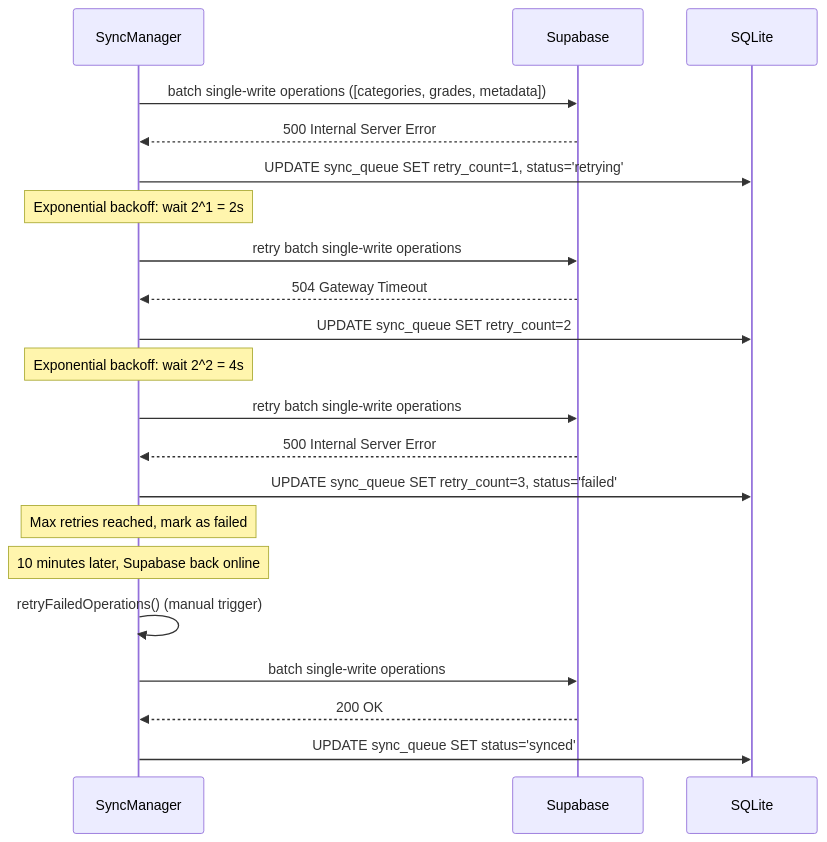
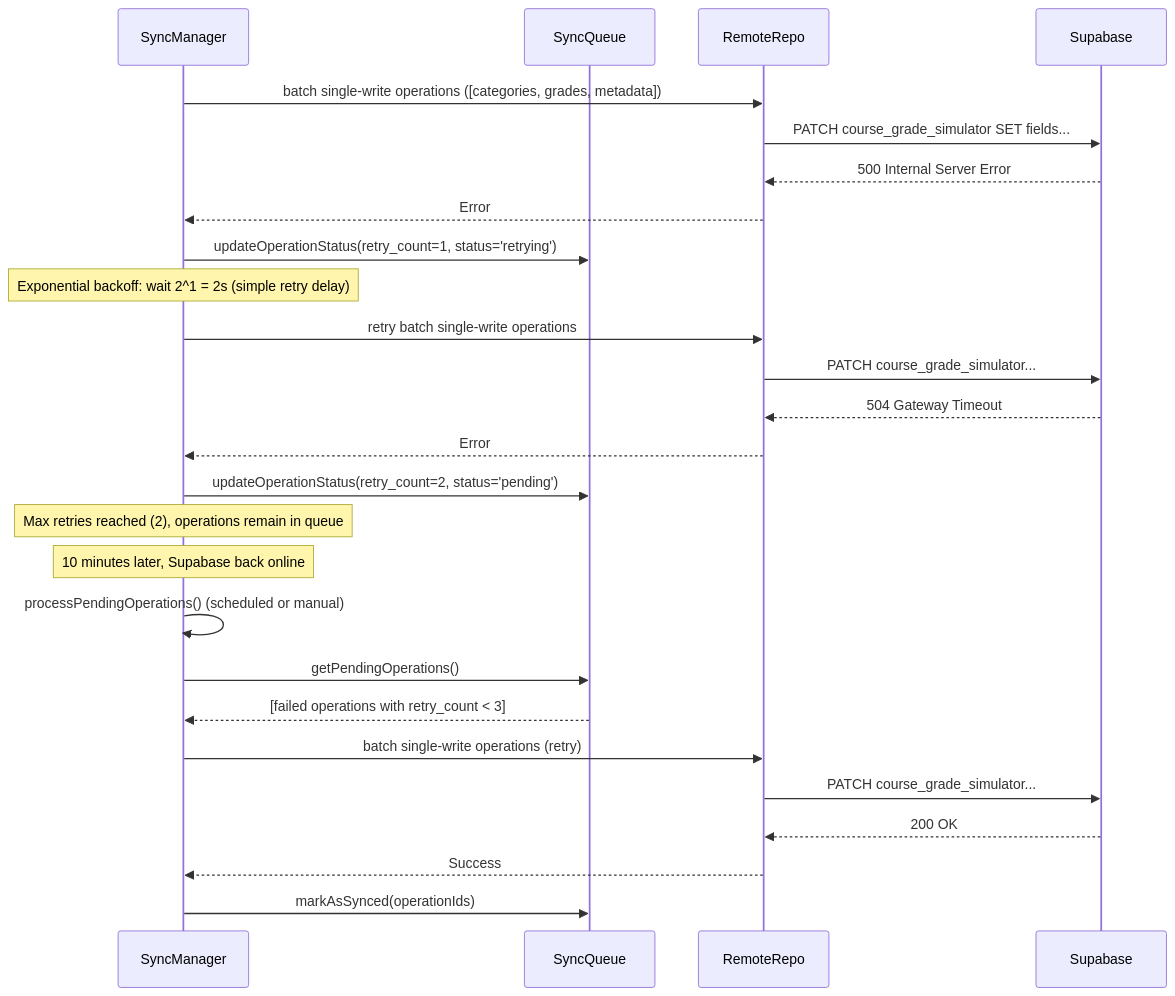
Before and after one commit to sigapp-unp/sigapp-mobile: the sixth of 6 diagrams in docs/database-optimization-strategy.md, drawn with Mermaid. The commit also changed other lines of this file and 35 other files, not shown here.

First line of the commit message:
Refactor grade tracking cache service and sync manager; migrate to drift and sqlite3_flutter_libs

````diff
--- a/docs/database-optimization-strategy.md
+++ b/docs/database-optimization-strategy.md
@@ -252,34 +291,37 @@
 ```mermaid
 sequenceDiagram
     participant SyncManager
+    participant SyncQueue
+    participant RemoteRepo
     participant Supabase
-    participant SQLite
 
-    SyncManager->>Supabase: batch single-write operations ([categories, grades, metadata])
-    Supabase-->>SyncManager: 500 Internal Server Error
+    SyncManager->>RemoteRepo: batch single-write operations ([categories, grades, metadata])
+    RemoteRepo->>Supabase: PATCH course_grade_simulator SET fields...
+    Supabase-->>RemoteRepo: 500 Internal Server Error
+    RemoteRepo-->>SyncManager: Error
 
-    SyncManager->>SQLite: UPDATE sync_queue SET retry_count=1, status='retrying'
+    SyncManager->>SyncQueue: updateOperationStatus(retry_count=1, status='retrying')
 
-    Note over SyncManager: Exponential backoff: wait 2^1 = 2s
+    Note over SyncManager: Exponential backoff: wait 2^1 = 2s (simple retry delay)
 
-    SyncManager->>Supabase: retry batch single-write operations
-    Supabase-->>SyncManager: 504 Gateway Timeout
+    SyncManager->>RemoteRepo: retry batch single-write operations
+    RemoteRepo->>Supabase: PATCH course_grade_simulator...
+    Supabase-->>RemoteRepo: 504 Gateway Timeout
+    RemoteRepo-->>SyncManager: Error
 
-    SyncManager->>SQLite: UPDATE sync_queue SET retry_count=2
+    SyncManager->>SyncQueue: updateOperationStatus(retry_count=2, status='pending')
 
-    Note over SyncManager: Exponential backoff: wait 2^2 = 4s
+    Note over SyncManager: Max retries reached (2), operations remain in queue
 
-    SyncManager->>Supabase: retry batch single-write operations
-    Supabase-->>SyncManager: 500 Internal Server Error
-
-    SyncManager->>SQLite: UPDATE sync_queue SET retry_count=3, status='failed'
-
-    Note over SyncManager: Max retries reached, mark as failed
     Note over SyncManager: 10 minutes later, Supabase back online
 
-    SyncManager->>SyncManager: retryFailedOperations() (manual trigger)
-    SyncManager->>Supabase: batch single-write operations
-    Supabase-->>SyncManager: 200 OK
+    SyncManager->>SyncManager: processPendingOperations() (scheduled or manual)
+    SyncManager->>SyncQueue: getPendingOperations()
+    SyncQueue-->>SyncManager: [failed operations with retry_count < 3]
+    SyncManager->>RemoteRepo: batch single-write operations (retry)
+    RemoteRepo->>Supabase: PATCH course_grade_simulator...
+    Supabase-->>RemoteRepo: 200 OK
+    RemoteRepo-->>SyncManager: Success
 
-    SyncManager->>SQLite: UPDATE sync_queue SET status='synced'
+    SyncManager->>SyncQueue: markAsSynced(operationIds)
 ```
````
